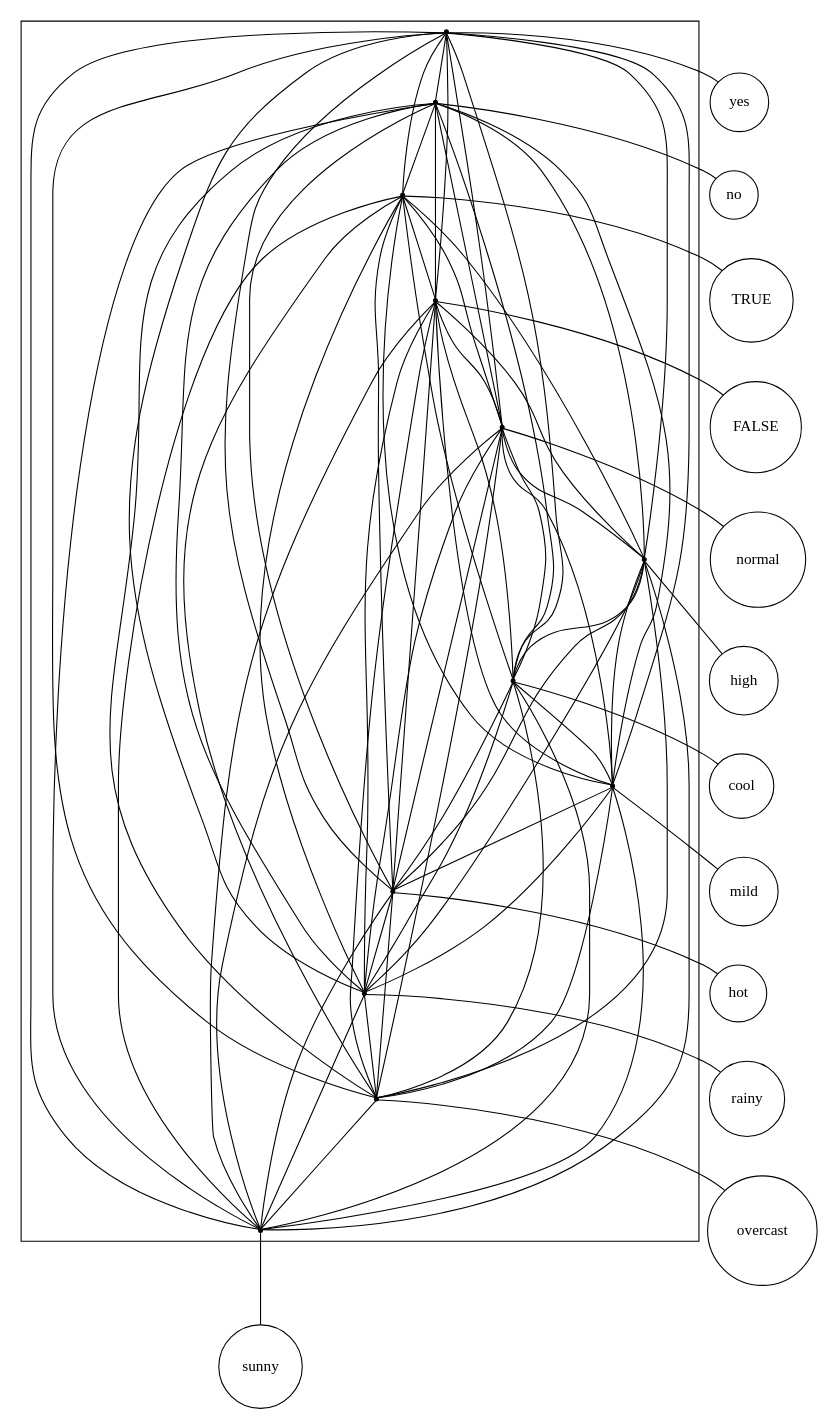
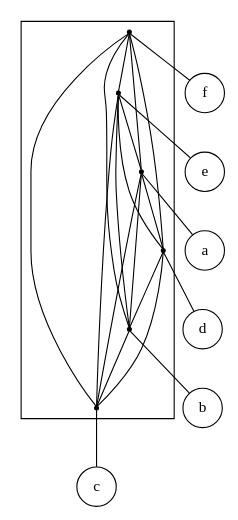
Before and after one commit to lrodrin/TFG: the diagram in src/final/plain_2-structure_with_threshold.dot, drawn with Graphviz. The commit also changed 9 other files, not shown here.

```diff
--- a/src/final/plain_2-structure_with_threshold.dot
+++ b/src/final/plain_2-structure_with_threshold.dot
@@ -1,101 +1,38 @@
 strict digraph "plain_2-structure_with_threshold" {
 compound=true;
 fontname=Verdana;
 fontsize=12;
 newrank=true;
 node [shape=circle];
-yes;
-no;
-TRUE;
-FALSE;
-normal;
-high;
-cool;
-mild;
-hot;
-rainy;
-overcast;
-sunny;
-subgraph cluster_normalFALSETRUEhotcoolrainyhighovercastsunnyyesmildno {
+f;
+e;
+a;
+d;
+b;
+c;
+subgraph cluster_fdbcea {
 node [shape=point];
-s_yes -> s_no  [color=black, arrowhead=none];
-s_yes -> s_TRUE  [color=black, arrowhead=none];
-s_yes -> s_FALSE  [color=black, arrowhead=none];
-s_yes -> s_normal  [color=black, arrowhead=none];
-s_yes -> s_high  [color=black, arrowhead=none];
-s_yes -> s_cool  [color=black, arrowhead=none];
-s_yes -> s_mild  [color=black, arrowhead=none];
-s_yes -> s_hot  [color=black, arrowhead=none];
-s_yes -> s_rainy  [color=black, arrowhead=none];
-s_yes -> s_overcast  [color=black, arrowhead=none];
-s_yes -> s_sunny  [color=black, arrowhead=none];
-s_no -> s_TRUE  [color=black, arrowhead=none];
-s_no -> s_FALSE  [color=black, arrowhead=none];
-s_no -> s_normal  [color=black, arrowhead=none];
-s_no -> s_high  [color=black, arrowhead=none];
-s_no -> s_cool  [color=black, arrowhead=none];
-s_no -> s_mild  [color=black, arrowhead=none];
-s_no -> s_hot  [color=black, arrowhead=none];
-s_no -> s_rainy  [color=black, arrowhead=none];
-s_no -> s_overcast  [color=black, arrowhead=none];
-s_no -> s_sunny  [color=black, arrowhead=none];
-s_TRUE -> s_FALSE  [color=black, arrowhead=none];
-s_TRUE -> s_normal  [color=black, arrowhead=none];
-s_TRUE -> s_high  [color=black, arrowhead=none];
-s_TRUE -> s_cool  [color=black, arrowhead=none];
-s_TRUE -> s_mild  [color=black, arrowhead=none];
-s_TRUE -> s_hot  [color=black, arrowhead=none];
-s_TRUE -> s_rainy  [color=black, arrowhead=none];
-s_TRUE -> s_overcast  [color=black, arrowhead=none];
-s_TRUE -> s_sunny  [color=black, arrowhead=none];
-s_FALSE -> s_normal  [color=black, arrowhead=none];
-s_FALSE -> s_high  [color=black, arrowhead=none];
-s_FALSE -> s_cool  [color=black, arrowhead=none];
-s_FALSE -> s_mild  [color=black, arrowhead=none];
-s_FALSE -> s_hot  [color=black, arrowhead=none];
-s_FALSE -> s_rainy  [color=black, arrowhead=none];
-s_FALSE -> s_overcast  [color=black, arrowhead=none];
-s_FALSE -> s_sunny  [color=black, arrowhead=none];
-s_normal -> s_high  [color=black, arrowhead=none];
-s_normal -> s_cool  [color=black, arrowhead=none];
-s_normal -> s_mild  [color=black, arrowhead=none];
-s_normal -> s_hot  [color=black, arrowhead=none];
-s_normal -> s_rainy  [color=black, arrowhead=none];
-s_normal -> s_overcast  [color=black, arrowhead=none];
-s_normal -> s_sunny  [color=black, arrowhead=none];
-s_high -> s_cool  [color=black, arrowhead=none];
-s_high -> s_mild  [color=black, arrowhead=none];
-s_high -> s_hot  [color=black, arrowhead=none];
-s_high -> s_rainy  [color=black, arrowhead=none];
-s_high -> s_overcast  [color=black, arrowhead=none];
-s_high -> s_sunny  [color=black, arrowhead=none];
-s_cool -> s_mild  [color=black, arrowhead=none];
-s_cool -> s_hot  [color=black, arrowhead=none];
-s_cool -> s_rainy  [color=black, arrowhead=none];
-s_cool -> s_overcast  [color=black, arrowhead=none];
-s_cool -> s_sunny  [color=black, arrowhead=none];
-s_mild -> s_hot  [color=black, arrowhead=none];
-s_mild -> s_rainy  [color=black, arrowhead=none];
-s_mild -> s_overcast  [color=black, arrowhead=none];
-s_mild -> s_sunny  [color=black, arrowhead=none];
-s_hot -> s_rainy  [color=black, arrowhead=none];
-s_hot -> s_overcast  [color=black, arrowhead=none];
-s_hot -> s_sunny  [color=black, arrowhead=none];
-s_rainy -> s_overcast  [color=black, arrowhead=none];
-s_rainy -> s_sunny  [color=black, arrowhead=none];
-s_overcast -> s_sunny  [color=black, arrowhead=none];
+s_f -> s_e  [color=black, arrowhead=none];
+s_f -> s_a  [color=black, arrowhead=none];
+s_f -> s_d  [color=black, arrowhead=none];
+s_f -> s_b  [color=black, arrowhead=none];
+s_f -> s_c  [color=black, arrowhead=none];
+s_e -> s_a  [color=black, arrowhead=none];
+s_e -> s_d  [color=black, arrowhead=none];
+s_e -> s_b  [color=black, arrowhead=none];
+s_e -> s_c  [color=black, arrowhead=none];
+s_a -> s_d  [color=black, arrowhead=none];
+s_a -> s_b  [color=black, arrowhead=none];
+s_a -> s_c  [color=black, arrowhead=none];
+s_d -> s_b  [color=black, arrowhead=none];
+s_d -> s_c  [color=black, arrowhead=none];
+s_b -> s_c  [color=black, arrowhead=none];
 }
 
-s_yes -> yes  [arrowhead=none];
-s_no -> no  [arrowhead=none];
-s_TRUE -> TRUE  [arrowhead=none];
-s_FALSE -> FALSE  [arrowhead=none];
-s_normal -> normal  [arrowhead=none];
-s_high -> high  [arrowhead=none];
-s_cool -> cool  [arrowhead=none];
-s_mild -> mild  [arrowhead=none];
-s_hot -> hot  [arrowhead=none];
-s_rainy -> rainy  [arrowhead=none];
-s_overcast -> overcast  [arrowhead=none];
-s_sunny -> sunny  [arrowhead=none];
+s_f -> f  [arrowhead=none];
+s_e -> e  [arrowhead=none];
+s_a -> a  [arrowhead=none];
+s_d -> d  [arrowhead=none];
+s_b -> b  [arrowhead=none];
+s_c -> c  [arrowhead=none];
 }
```
